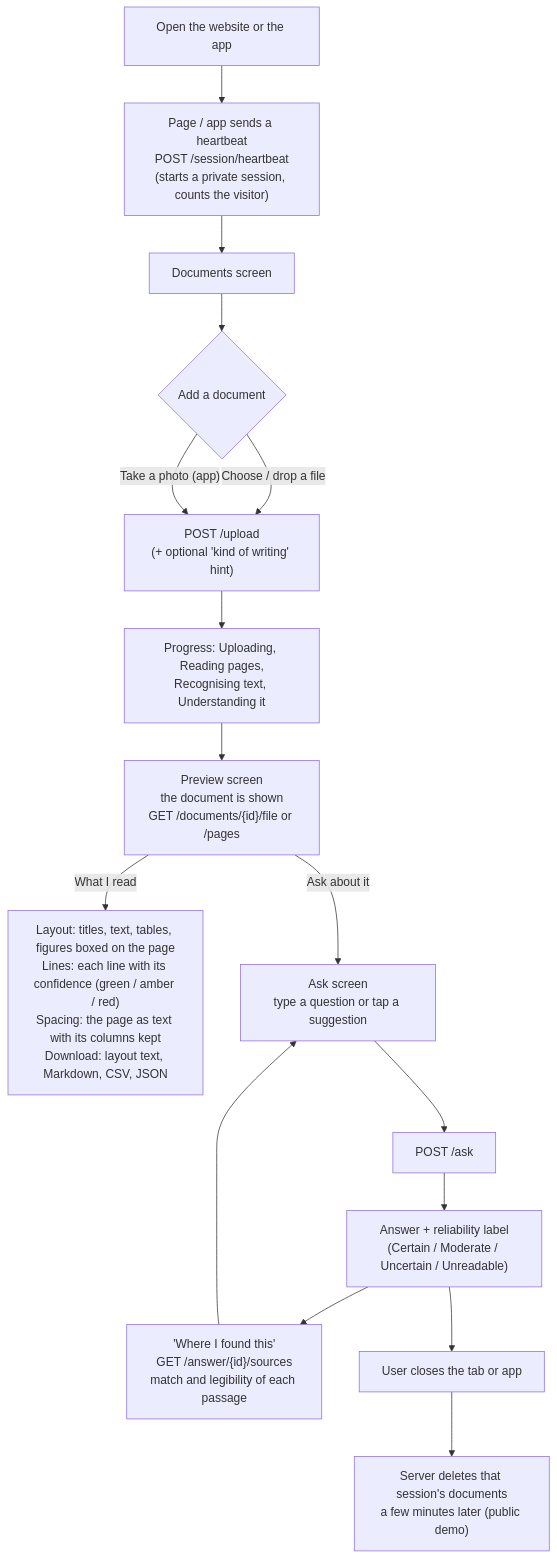
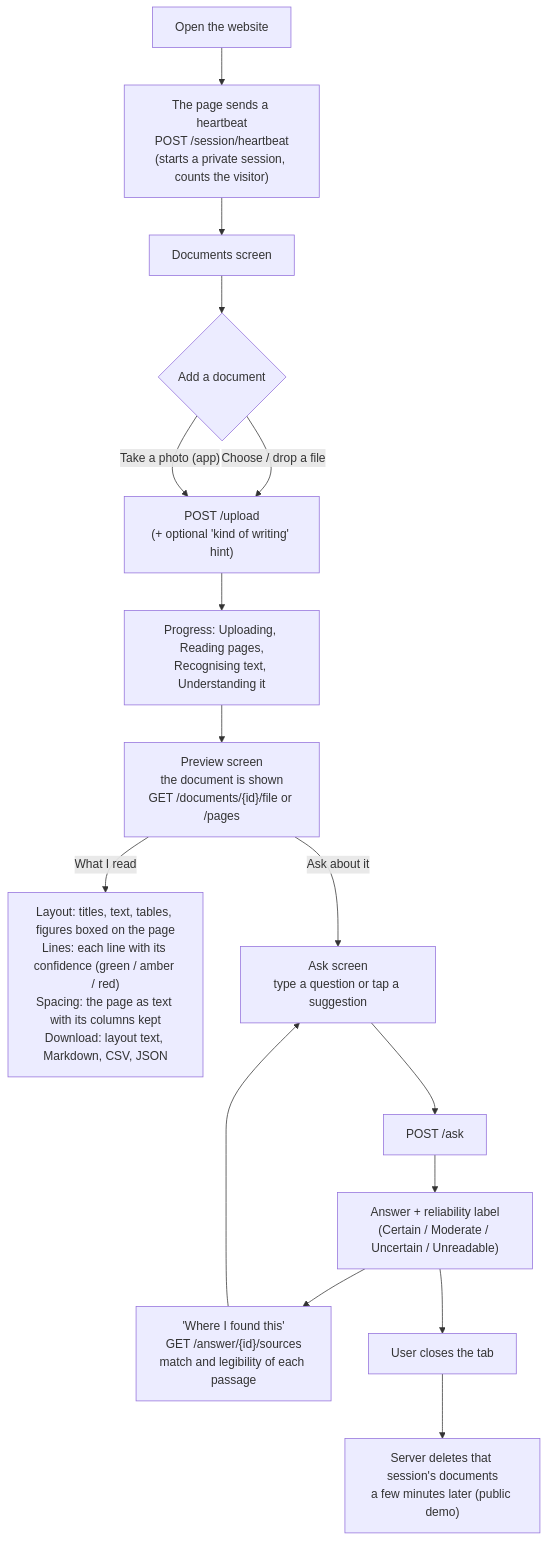
The second of 8 diagrams in README.md (om-upadhye/DocBlendAI), drawn with Mermaid before and after one commit. The commit also changed other lines of this file and 62 other files, not shown here.

````diff
--- a/README.md
+++ b/README.md
@@ -95,18 +90,18 @@
 ```mermaid
 flowchart TD
-    Open["Open the website or the app"] --> HB["Page / app sends a heartbeat<br/>POST /session/heartbeat<br/>(starts a private session, counts the visitor)"]
+    Open["Open the website"] --> HB["The page sends a heartbeat<br/>POST /session/heartbeat<br/>(starts a private session, counts the visitor)"]
     HB --> Docs["Documents screen"]
     Docs --> Pick{"Add a document"}
     Pick -- "Choose / drop a file" --> Up
     Pick -- "Take a photo (app)" --> Up
     Up["POST /upload<br/>(+ optional 'kind of writing' hint)"] --> Wait["Progress: Uploading, Reading pages,<br/>Recognising text, Understanding it"]
     Wait --> Prev["Preview screen<br/>the document is shown<br/>GET /documents/{id}/file or /pages"]
     Prev -- "What I read" --> Read["Layout: titles, text, tables, figures boxed on the page<br/>Lines: each line with its confidence (green / amber / red)<br/>Spacing: the page as text with its columns kept<br/>Download: layout text, Markdown, CSV, JSON"]
     Prev -- "Ask about it" --> Ask["Ask screen<br/>type a question or tap a suggestion"]
     Ask --> Q["POST /ask"]
     Q --> Ans["Answer + reliability label<br/>(Certain / Moderate / Uncertain / Unreadable)"]
     Ans --> Src["'Where I found this'<br/>GET /answer/{id}/sources<br/>match and legibility of each passage"]
     Src --> Ask
-    Ans --> Leave["User closes the tab or app"]
+    Ans --> Leave["User closes the tab"]
     Leave --> Clean["Server deletes that session's documents<br/>a few minutes later (public demo)"]
 ```
````
